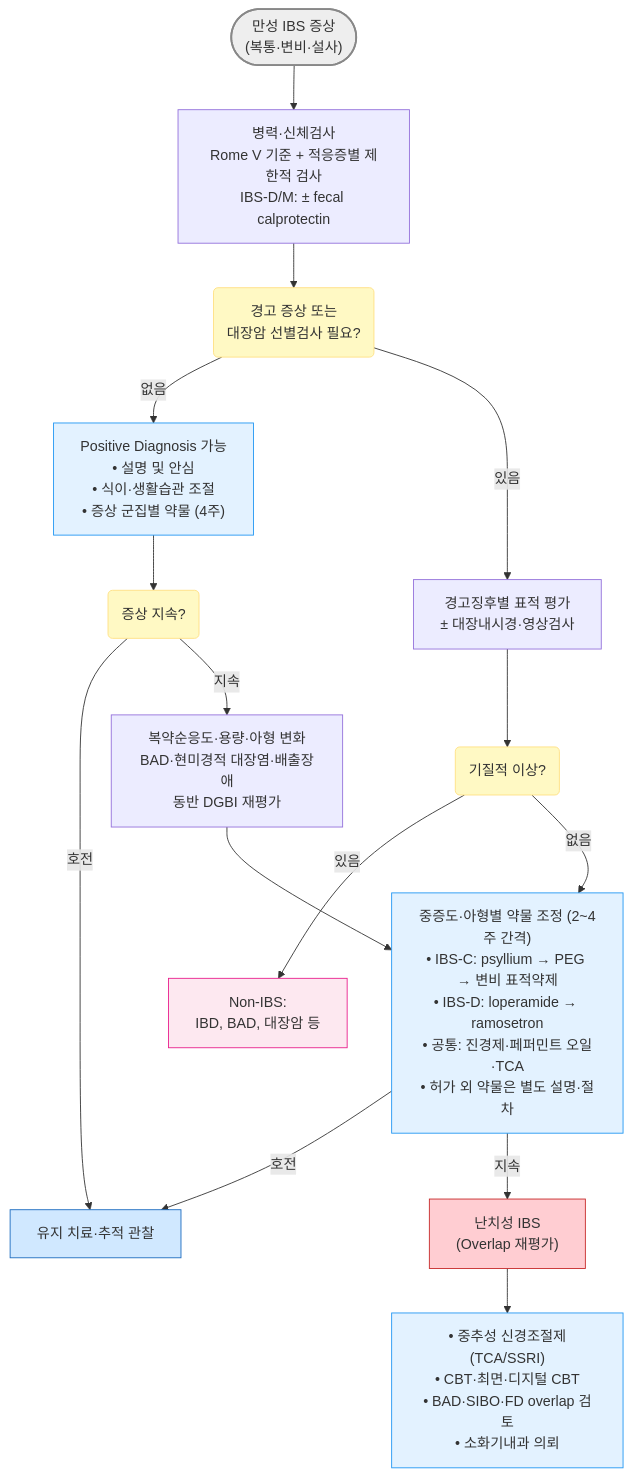
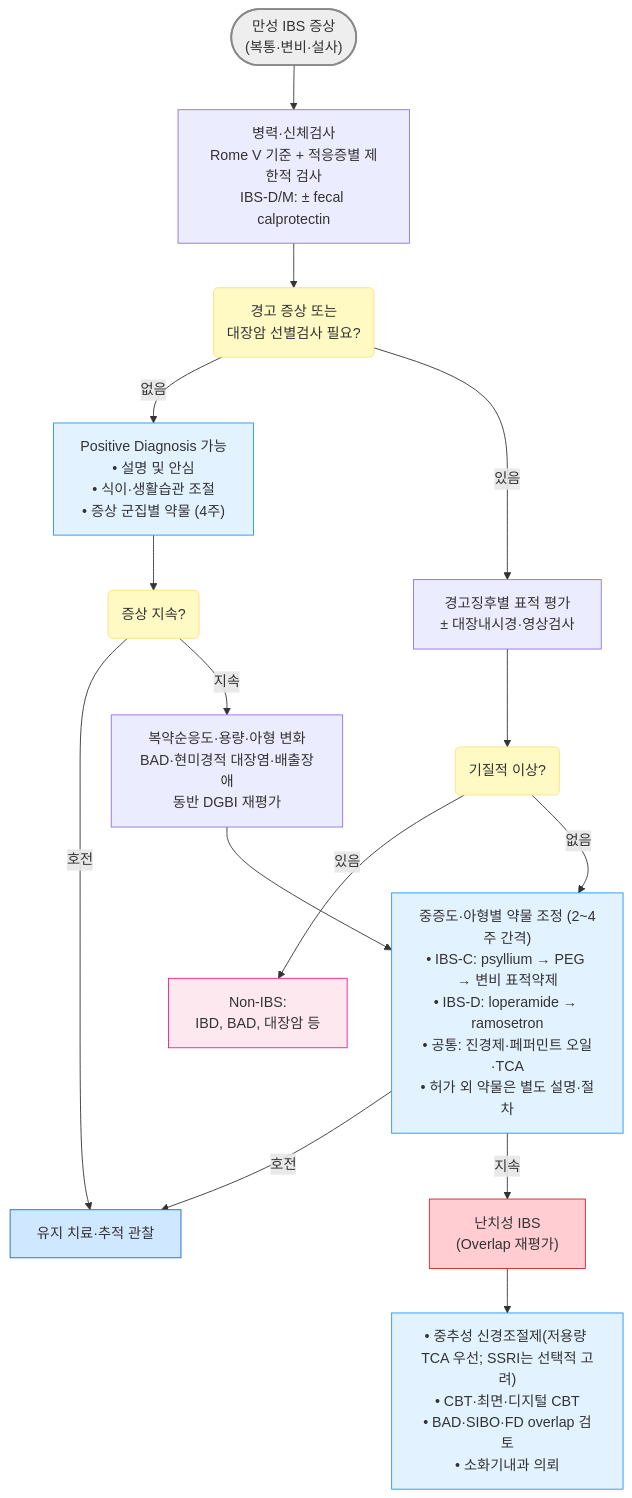
Before and after one commit to familyoh77/familyoh77: the first of 2 diagrams in 224_/087_-ibs.md, drawn with Mermaid. The commit also changed other lines of this file and 13 other files, not shown here.

````diff
--- a/224_/087_-ibs.md
+++ b/224_/087_-ibs.md
@@ -168,43 +171,43 @@
 ```mermaid
 graph TD
     Start(["만성 IBS 증상<br>(복통·변비·설사)"])
     Step1["병력·신체검사<br>Rome V 기준 + 적응증별 제한적 검사<br>IBS-D/M: ± fecal calprotectin"]
     Cond1("경고 증상 또는<br>대장암 선별검사 필요?")
     Sub1["Positive Diagnosis 가능<br>• 설명 및 안심<br>• 식이·생활습관 조절<br>• 증상 군집별 약물 (4주)"]
     Cond2("증상 지속?")
     Colonoscopy["경고징후별 표적 평가<br>± 대장내시경·영상검사"]
     Cond3("기질적 이상?")
     NonIBS["Non-IBS:<br>IBD, BAD, 대장암 등"]
     Reassess["복약순응도·용량·아형 변화<br>BAD·현미경적 대장염·배출장애<br>동반 DGBI 재평가"]
     End1["유지 치료·추적 관찰"]
     Treat1["중증도·아형별 약물 조정 (2~4주 간격)<br>• IBS-C: psyllium → PEG → 변비 표적약제<br>• IBS-D: loperamide → ramosetron<br>• 공통: 진경제·페퍼민트 오일·TCA<br>• 허가 외 약물은 별도 설명·절차"]
     Refractory["난치성 IBS<br>(Overlap 재평가)"]
-    Treat2["• 중추성 신경조절제(TCA/SSRI)<br>• CBT·최면·디지털 CBT<br>• BAD·SIBO·FD overlap 검토<br>• 소화기내과 의뢰"]
+    Treat2["• 중추성 신경조절제(저용량 TCA 우선; SSRI는 선택적 고려)<br>• CBT·최면·디지털 CBT<br>• BAD·SIBO·FD overlap 검토<br>• 소화기내과 의뢰"]
 
     Start --> Step1
     Step1 --> Cond1
     Cond1 -- "없음" --> Sub1
     Cond1 -- "있음" --> Colonoscopy
     Sub1 --> Cond2
     Cond2 -- "호전" --> End1
     Cond2 -- "지속" --> Reassess
     Reassess --> Treat1
     Colonoscopy --> Cond3
     Cond3 -- "있음" --> NonIBS
     Cond3 -- "없음" --> Treat1
     Treat1 -- "호전" --> End1
     Treat1 -- "지속" --> Refractory
     Refractory --> Treat2
 
 style Start fill:#eeeeee,stroke:#888888,stroke-width:2px
 classDef yellow fill:#fff9c4,stroke:#ffe082
 class Cond3,Cond1,Cond2 yellow
 classDef sky fill:#e3f2ff,stroke:#2196f3
 class Sub1,Treat1,Treat2 sky
 classDef L_red fill:#ffcdd2,stroke:#c62828
 class Refractory L_red
 classDef blue fill:#d0e8ff,stroke:#1a6abf
 class End1 blue
 classDef pink fill:#fde8f0,stroke:#e91e8c
 class NonIBS pink
 ```
````
